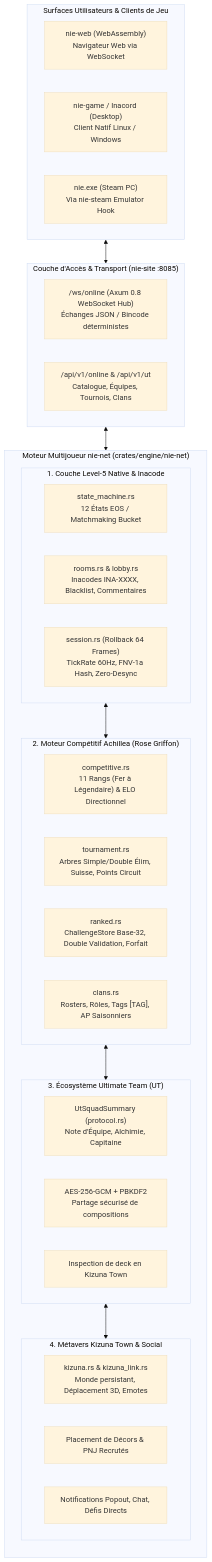
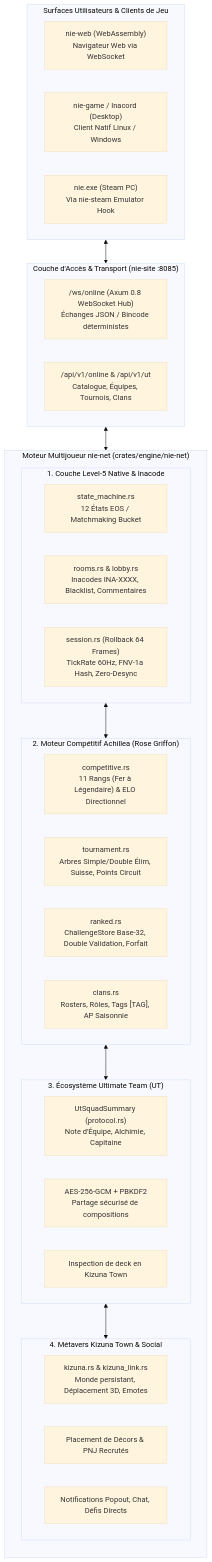
One commit to aphrody-code/nie changed the diagram in docs/NIE-ONLINE-MODE.md. Above: the diagram before and after it, drawn with Mermaid (base theme). The commit also changed other lines of this file and 696 other files, not shown here.

````diff
--- a/docs/NIE-ONLINE-MODE.md
+++ b/docs/NIE-ONLINE-MODE.md
@@ -15,48 +15,48 @@
 ```mermaid
 flowchart TD
     subgraph Clients ["Surfaces Utilisateurs & Clients de Jeu"]
         Wasm["nie-web (WebAssembly)<br/>Navigateur Web via WebSocket"]
         Native["nie-game / Inacord (Desktop)<br/>Client Natif Linux / Windows"]
         Steam["nie.exe (Steam PC)<br/>Via nie-steam Emulator Hook"]
     end
 
     subgraph Transport ["Couche d'Accès & Transport (nie-site :8085)"]
         WsHub["/ws/online (Axum 0.8 WebSocket Hub)<br/>Échanges JSON / Bincode déterministes"]
         RestAPI["/api/v1/online & /api/v1/ut<br/>Catalogue, Équipes, Tournois, Clans"]
     end
 
     subgraph Core ["Moteur Multijoueur nie-net (crates/engine/nie-net)"]
         direction TB
         
         subgraph Level5_RE ["1. Couche Level-5 Native & Inacode"]
             L5_SM["state_machine.rs<br/>12 États EOS / Matchmaking Bucket"]
             L5_Room["rooms.rs & lobby.rs<br/>Inacodes INA-XXXX, Blacklist, Commentaires"]
             L5_Rollback["session.rs (Rollback 64 Frames)<br/>TickRate 60Hz, FNV-1a Hash, Zero-Desync"]
         end
 
         subgraph Achillea_Esport ["2. Moteur Compétitif Achillea (Rose Griffon)"]
             Ach_Elo["competitive.rs<br/>11 Rangs (Fer à Légendaire) & ELO Directionnel"]
             Ach_Tourn["tournament.rs<br/>Arbres Simple/Double Élim, Suisse, Points Circuit"]
             Ach_Ranked["ranked.rs<br/>ChallengeStore Base-32, Double Validation, Forfait"]
-            Ach_Clan["clans.rs<br/>Rosters, Rôles, Tags [TAG], AP Saisonniers"]
+            Ach_Clan["clans.rs<br/>Rosters, Rôles, Tags [TAG], AP Saisonnie"]
         end
 
         subgraph FUT_Ecosystem ["3. Écosystème Ultimate Team (UT)"]
             FUT_Squad["UtSquadSummary (protocol.rs)<br/>Note d'Équipe, Alchimie, Capitaine"]
             FUT_Crypto["AES-256-GCM + PBKDF2<br/>Partage sécurisé de compositions"]
             FUT_Inspect["Inspection de deck en Kizuna Town"]
         end
 
         subgraph Kizuna_Town ["4. Métavers Kizuna Town & Social"]
             Kiz_World["kizuna.rs & kizuna_link.rs<br/>Monde persistant, Déplacement 3D, Emotes"]
             Kiz_Build["Placement de Décors & PNJ Recrutés"]
             Kiz_Social["Notifications Popout, Chat, Défis Directs"]
         end
     end
 
     Clients <--> Transport
     Transport <--> Core
     Level5_RE <--> Achillea_Esport
     Achillea_Esport <--> FUT_Ecosystem
     FUT_Ecosystem <--> Kizuna_Town
 ```
````
